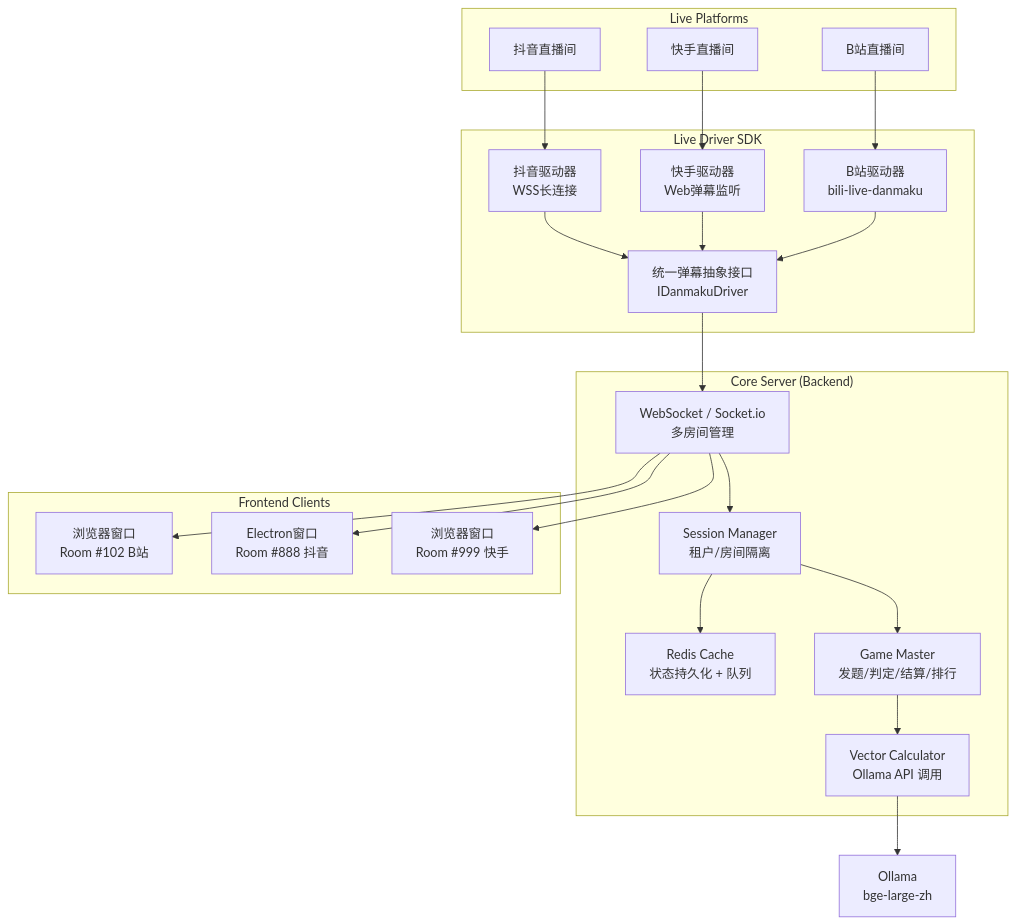
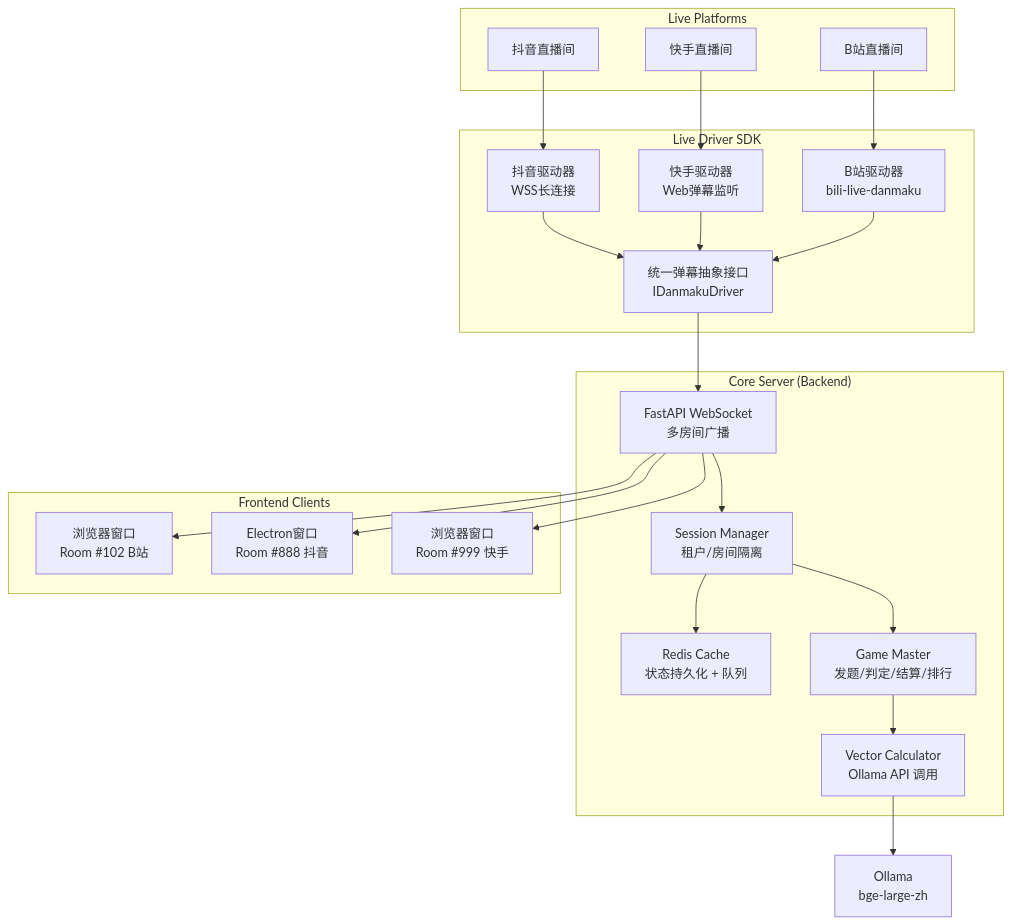
Before and after one commit to PlutoKeating/Project.WordToFlush: the diagram in README.md, drawn with Mermaid. The commit also changed other lines of this file, not shown here.

Commit message:
docs: update README badges and diagram to reflect FastAPI WebSocket (no socket.io)

````diff
--- a/README.md
+++ b/README.md
@@ -83,41 +83,41 @@
 ```mermaid
 graph TB
     subgraph "Live Platforms"
         DY[抖音直播间]
         KS[快手直播间]
         BILI[B站直播间]
     end
 
     subgraph "Live Driver SDK"
         DY_SDK[抖音驱动器<br/>WSS长连接]
         KS_SDK[快手驱动器<br/>Web弹幕监听]
         BILI_SDK[B站驱动器<br/>bili-live-danmaku]
         UNIFIED[统一弹幕抽象接口<br/>IDanmakuDriver]
     end
 
     subgraph "Core Server (Backend)"
-        WS[WebSocket / Socket.io<br/>多房间管理]
+        WS[FastAPI WebSocket<br/>多房间广播]
         SM[Session Manager<br/>租户/房间隔离]
         RC[Redis Cache<br/>状态持久化 + 队列]
         VC[Vector Calculator<br/>Ollama API 调用]
         GM[Game Master<br/>发题/判定/结算/排行]
     end
 
     subgraph "Frontend Clients"
         F1[浏览器窗口<br/>Room #102 B站]
         F2[Electron窗口<br/>Room #888 抖音]
         F3[浏览器窗口<br/>Room #999 快手]
     end
 
     DY --> DY_SDK --> UNIFIED
     KS --> KS_SDK --> UNIFIED
     BILI --> BILI_SDK --> UNIFIED
     UNIFIED --> WS
     WS --> SM --> RC
     SM --> GM
     GM --> VC
     VC --> OLLAMA[Ollama<br/>bge-large-zh]
     WS --> F1
     WS --> F2
     WS --> F3
 ```
````
